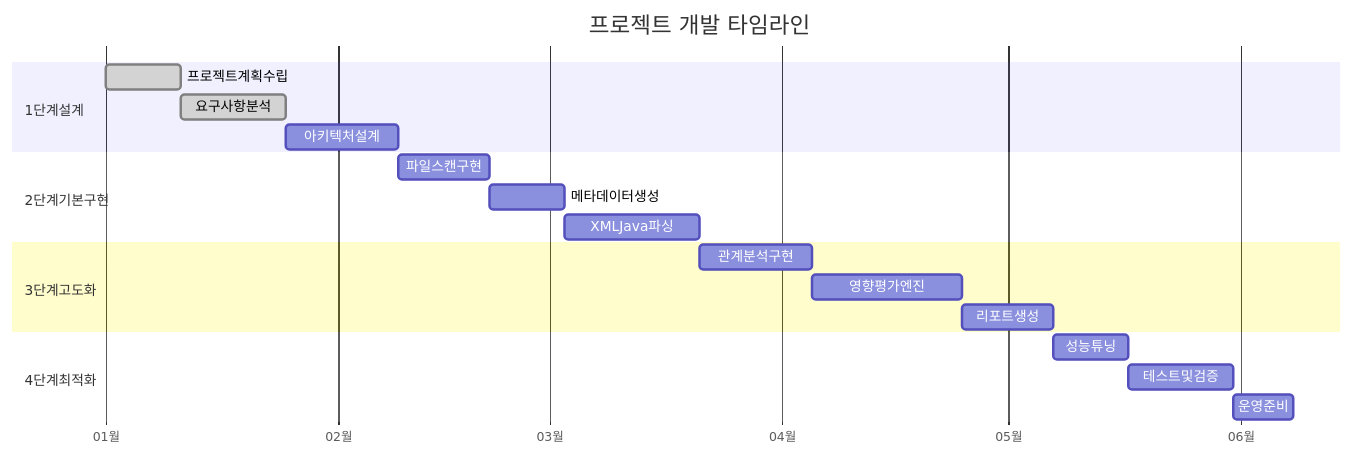
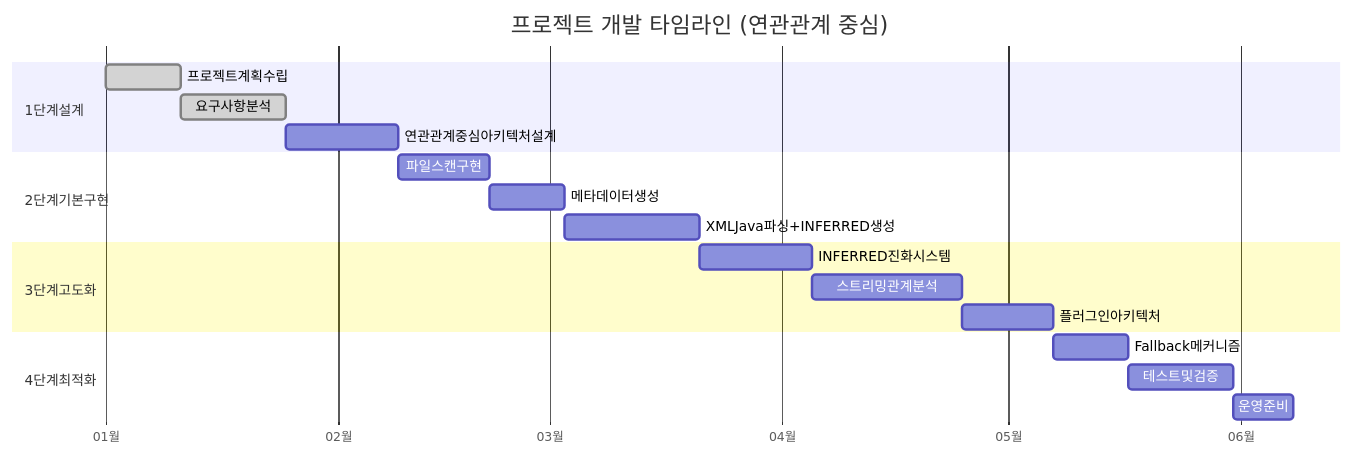
The fourth of 4 diagrams in docs/01_프로젝트_개요_및_목적.md (kumtaek/SourceAnalyzer), drawn with Mermaid before and after one commit. The commit also changed other lines of this file and 63 other files, not shown here.

````diff
--- a/docs/01_프로젝트_개요_및_목적.md
+++ b/docs/01_프로젝트_개요_및_목적.md
@@ -161,26 +170,26 @@
 ```mermaid
 gantt
-    title 프로젝트 개발 타임라인
+    title 프로젝트 개발 타임라인 (연관관계 중심)
     dateFormat YYYY-MM-DD
     axisFormat %m월
     
     section 1단계설계
     프로젝트계획수립        :done, plan, 2025-01-01, 10d
     요구사항분석            :done, req, 2025-01-11, 14d
-    아키텍처설계            :arch, 2025-01-25, 15d
+    연관관계중심아키텍처설계  :arch, 2025-01-25, 15d
     
     section 2단계기본구현
     파일스캔구현           :scan, 2025-02-09, 12d
     메타데이터생성          :meta, 2025-02-21, 10d
-    XMLJava파싱           :parse, 2025-03-03, 18d
+    XMLJava파싱+INFERRED생성 :parse, 2025-03-03, 18d
     
     section 3단계고도화
-    관계분석구현           :relation, 2025-03-21, 15d
-    영향평가엔진            :impact, 2025-04-05, 20d
-    리포트생성             :report, 2025-04-25, 12d
+    INFERRED진화시스템      :evolution, 2025-03-21, 15d
+    스트리밍관계분석        :streaming, 2025-04-05, 20d
+    플러그인아키텍처        :plugin, 2025-04-25, 12d
     
     section 4단계최적화
-    성능튜닝               :perf, 2025-05-07, 10d
+    Fallback메커니즘        :fallback, 2025-05-07, 10d
     테스트및검증           :test, 2025-05-17, 14d
     운영준비               :deploy, 2025-05-31, 8d
 ```
````
